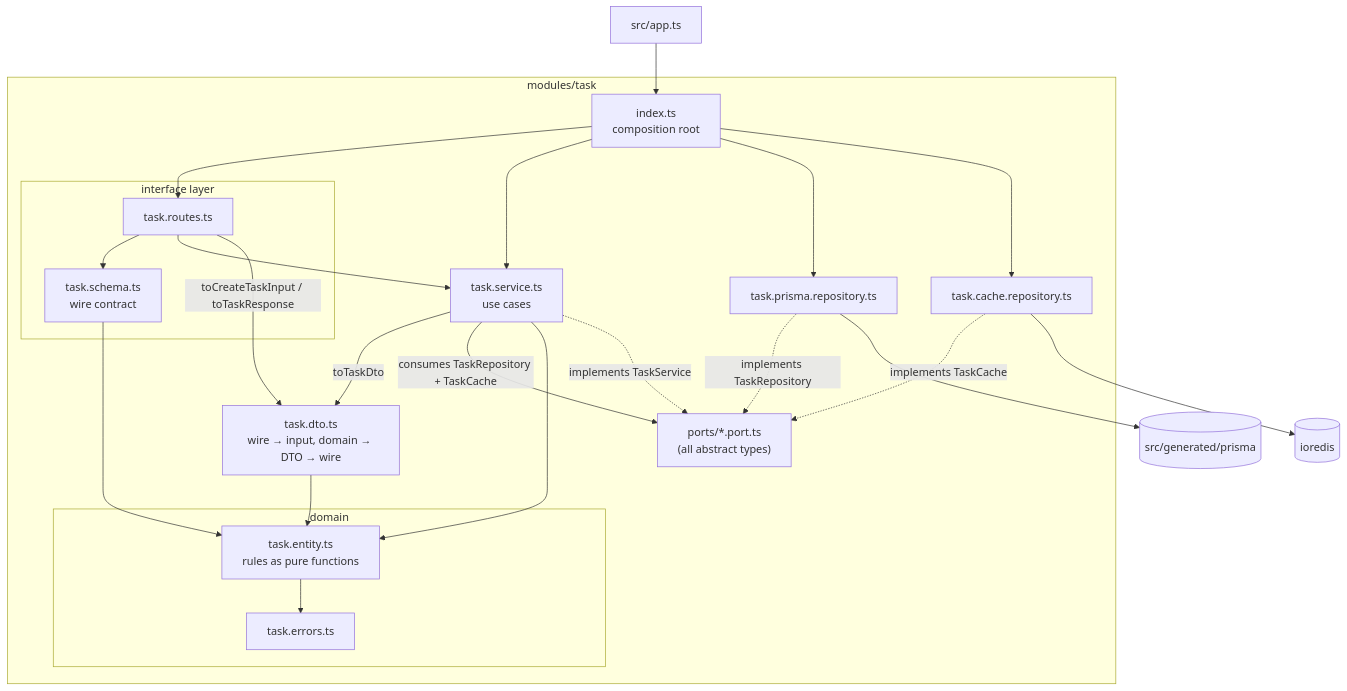
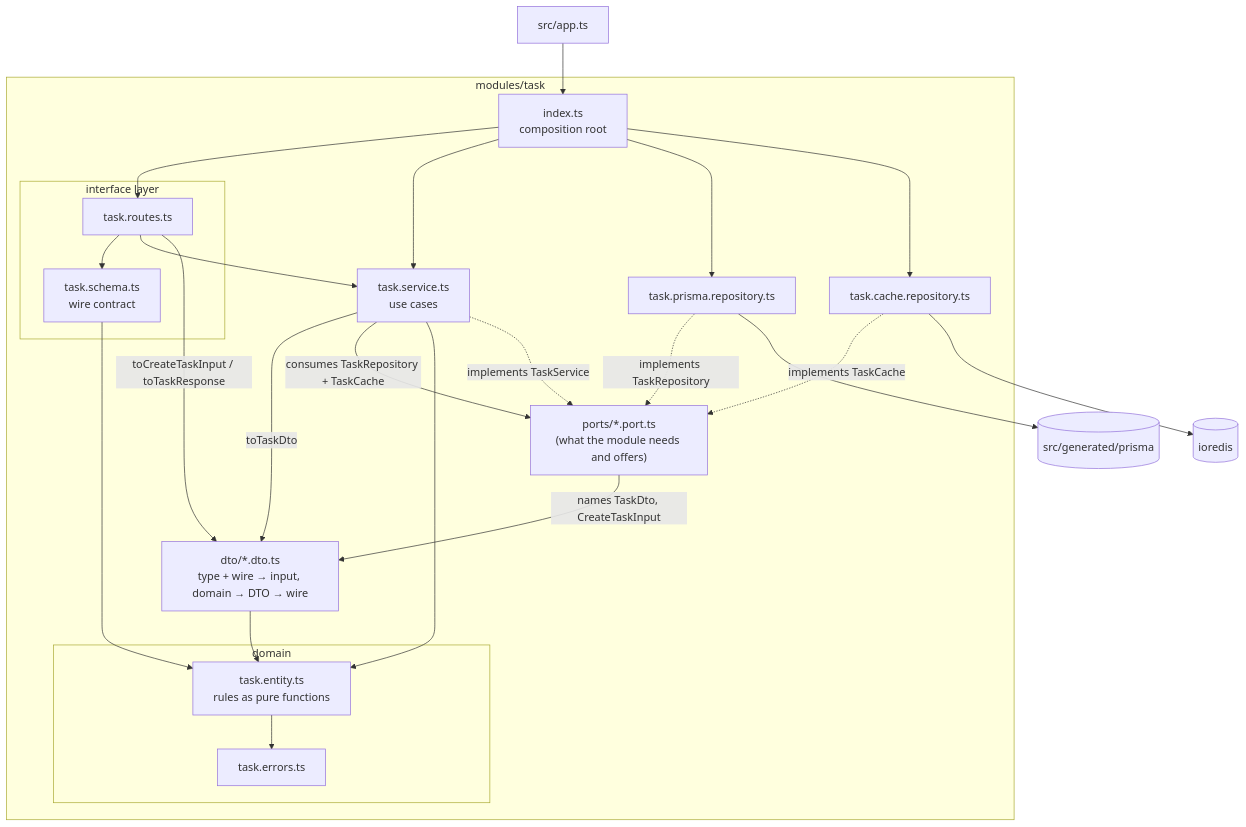
Before and after one commit to Luxlorys/quizzzy-api: the diagram in ARCHITECTURE.md, drawn with Mermaid. The commit also changed other lines of this file and 31 other files, not shown here.

````diff
--- a/ARCHITECTURE.md
+++ b/ARCHITECTURE.md
@@ -46,40 +49,41 @@
 ```mermaid
 flowchart TD
     subgraph module["modules/task"]
         IDX["index.ts<br/>composition root"]
         subgraph interface["interface layer"]
             R["task.routes.ts"]
             SCH["task.schema.ts<br/>wire contract"]
         end
-        DTO["task.dto.ts<br/>wire → input, domain → DTO → wire"]
+        DTO["dto/*.dto.ts<br/>type + wire → input, domain → DTO → wire"]
         SVC["task.service.ts<br/>use cases"]
-        PORT["ports/*.port.ts<br/>(all abstract types)"]
+        PORT["ports/*.port.ts<br/>(what the module needs and offers)"]
         subgraph domain["domain"]
             E["task.entity.ts<br/>rules as pure functions"]
             ERR["task.errors.ts"]
         end
         DB["task.prisma.repository.ts"]
         CACHE["task.cache.repository.ts"]
     end
     PRISMA[("src/generated/prisma")]
     REDIS[("ioredis")]
     APP["src/app.ts"] --> IDX
     IDX --> R
     IDX --> SVC
     IDX --> DB
     IDX --> CACHE
     R --> SCH
     R --> SVC
     R -->|toCreateTaskInput / toTaskResponse| DTO
     SVC -->|toTaskDto| DTO
     DTO --> E
     SVC -->|consumes TaskRepository + TaskCache| PORT
     SVC --> E
+    PORT -->|names TaskDto, CreateTaskInput| DTO
     SVC -. implements TaskService .-> PORT
     DB -. implements TaskRepository .-> PORT
     CACHE -. implements TaskCache .-> PORT
     DB --> PRISMA
     CACHE --> REDIS
     SCH --> E
     E --> ERR
 ```
````
